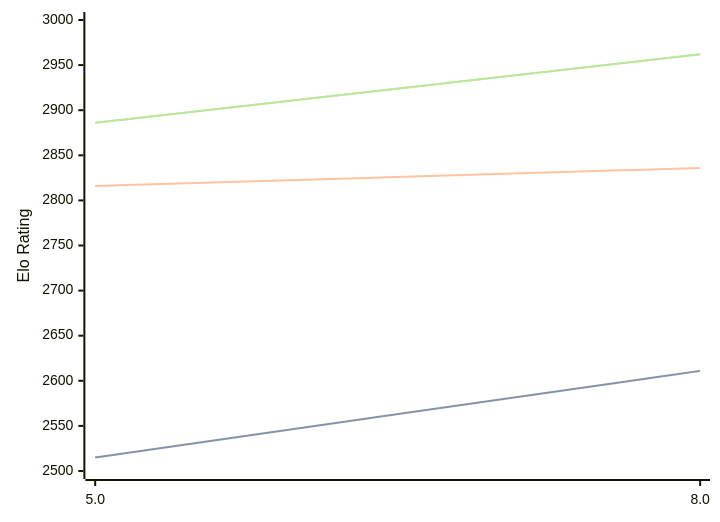
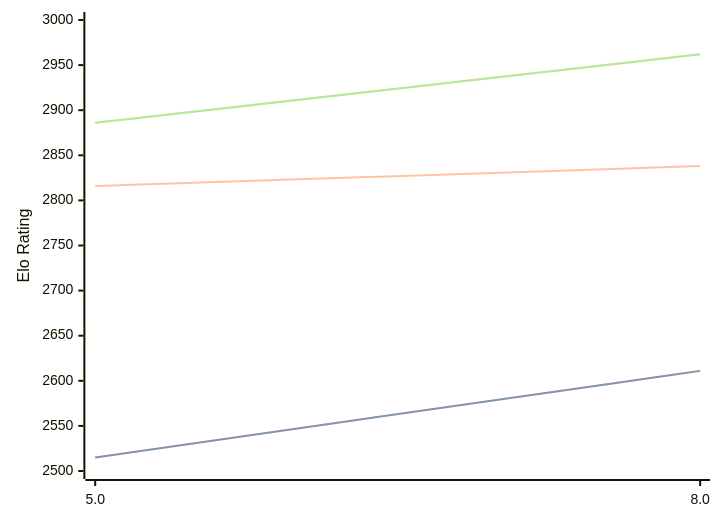
One commit to computer-chess-index/cci changed the diagram in engines/4kc.md. Above: the diagram before and after it, drawn with Mermaid. The commit also changed other lines of this file, not shown here.

````diff
--- a/engines/4kc.md
+++ b/engines/4kc.md
@@ -41,11 +41,11 @@
 ```mermaid
 %%{init: {"theme":"base","themeVariables":{"seriesColors:['#a3a3a3','#222221','#faa371']}}}%%
 xychart-beta
   x-axis ["5.0", "8.0"]
   y-axis "Elo Rating" 2500 --> 3000
   line "STC (8.0+0.08s)" [2515, 2611]
   line "STC (8.0+0.08s)" [2515, 2611]
-  line "LTC (60.0+0.60s)" [2816, 2836]
+  line "LTC (60.0+0.60s)" [2816, 2838]
   line "VLTC (2m24s+1.12s)" [2886, 2962]
   line "VLTC (2m24s+1.12s)" [2886, 2962]
 ```
````
